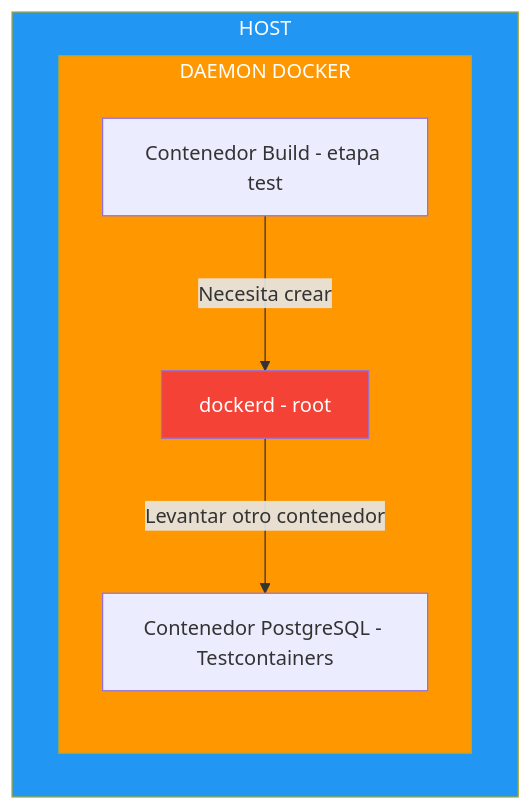
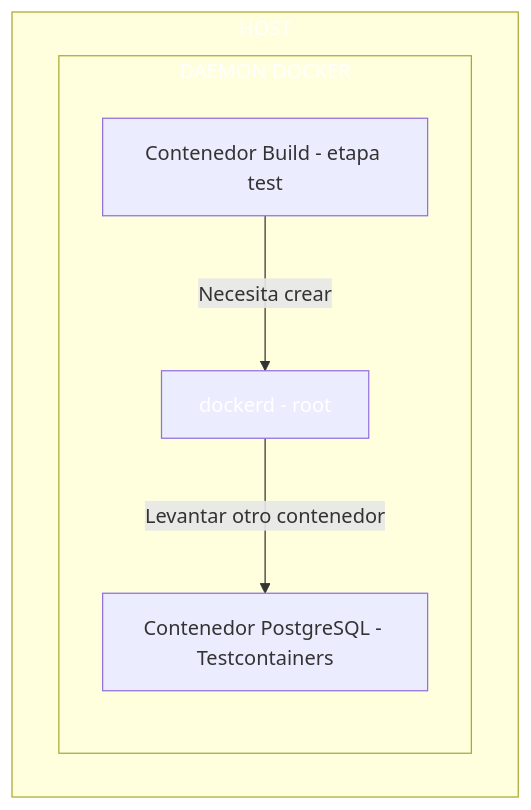
The third of 4 diagrams in 23-docker.md (joseluisgs/DesarrolloWebEntornosServidor-01-2026-2027), drawn with Mermaid before and after one commit. The commit also changed other lines of this file and 66 other files, not shown here.

First line of the commit message:
fix: normalizar titulos al castellano de frase y corregir la paleta de mermaid

````diff
--- a/23-docker.md
+++ b/23-docker.md
@@ -543,13 +543,13 @@
 ```mermaid
 graph TD
     subgraph HOST["HOST"]
         subgraph DAEMON["DAEMON DOCKER"]
             A["Contenedor Build - etapa test"] -->|"Necesita crear"| B["dockerd - root"]
             B -->|"Levantar otro contenedor"| C["Contenedor PostgreSQL - Testcontainers"]
         end
     end
 
-    style HOST fill:#2196F3,color:#fff
-    style DAEMON fill:#FF9800,color:#fff
-    style B fill:#f44336,color:#fff
+    style HOST fill:#2196F,color:#fff3,color:#fff
+    style DAEMON fill:#FF980,color:#fff0,color:#fff
+    style B fill:#f4433,color:#fff6,color:#fff
 ```
````
